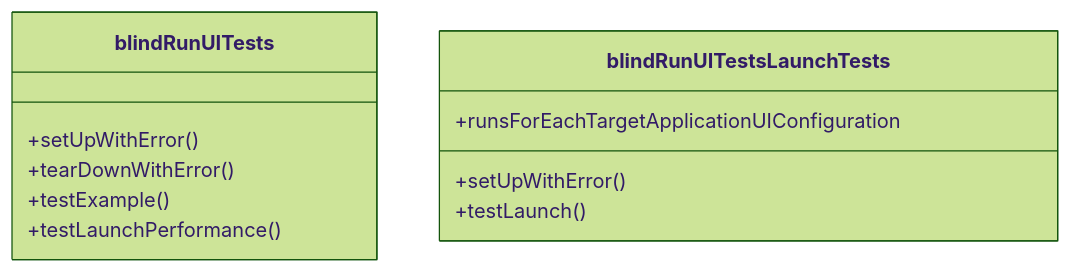
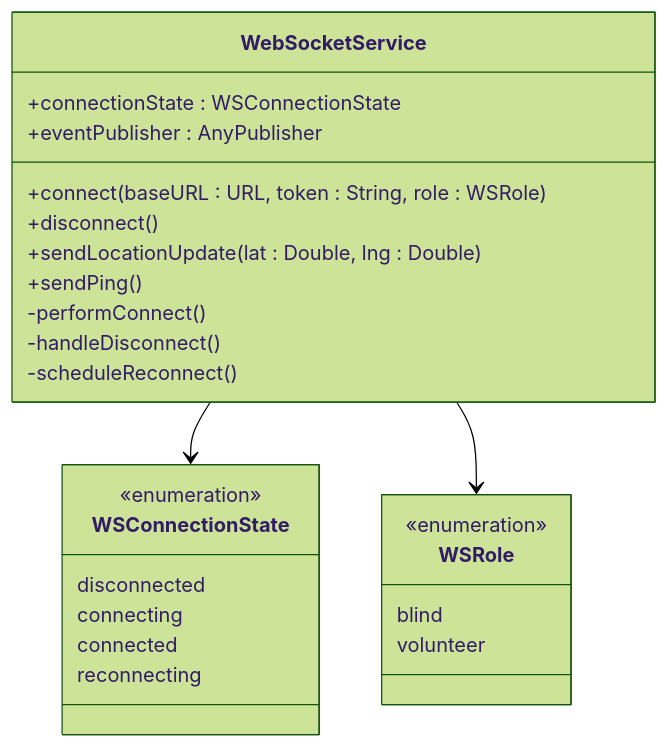
Before and after one commit to Jayden23018/blind-run-ios: the fifth of 7 diagrams in .qoder/repowiki/zh/content/测试策略/测试自动化与持续集成.md, drawn with Mermaid (forest theme). The commit also changed other lines of this file and 23 other files, not shown here.

Commit message:
Implement MVP booking and volunteer flow updates

````diff
--- a/.qoder/repowiki/zh/content/测试策略/测试自动化与持续集成.md
+++ b/.qoder/repowiki/zh/content/测试策略/测试自动化与持续集成.md
@@ -141,14 +209,28 @@
 ```mermaid
 classDiagram
-class blindRunUITests {
-+setUpWithError()
-+tearDownWithError()
-+testExample()
-+testLaunchPerformance()
+class WebSocketService {
++connectionState : WSConnectionState
++eventPublisher : AnyPublisher
++connect(baseURL : URL, token : String, role : WSRole)
++disconnect()
++sendLocationUpdate(lat : Double, lng : Double)
++sendPing()
+-performConnect()
+-handleDisconnect()
+-scheduleReconnect()
 }
-class blindRunUITestsLaunchTests {
-+runsForEachTargetApplicationUIConfiguration
-+setUpWithError()
-+testLaunch()
+class WSConnectionState {
+<<enumeration>>
+disconnected
+connecting
+connected
+reconnecting
 }
+class WSRole {
+<<enumeration>>
+blind
+volunteer
+}
+WebSocketService --> WSConnectionState
+WebSocketService --> WSRole
 ```
````
